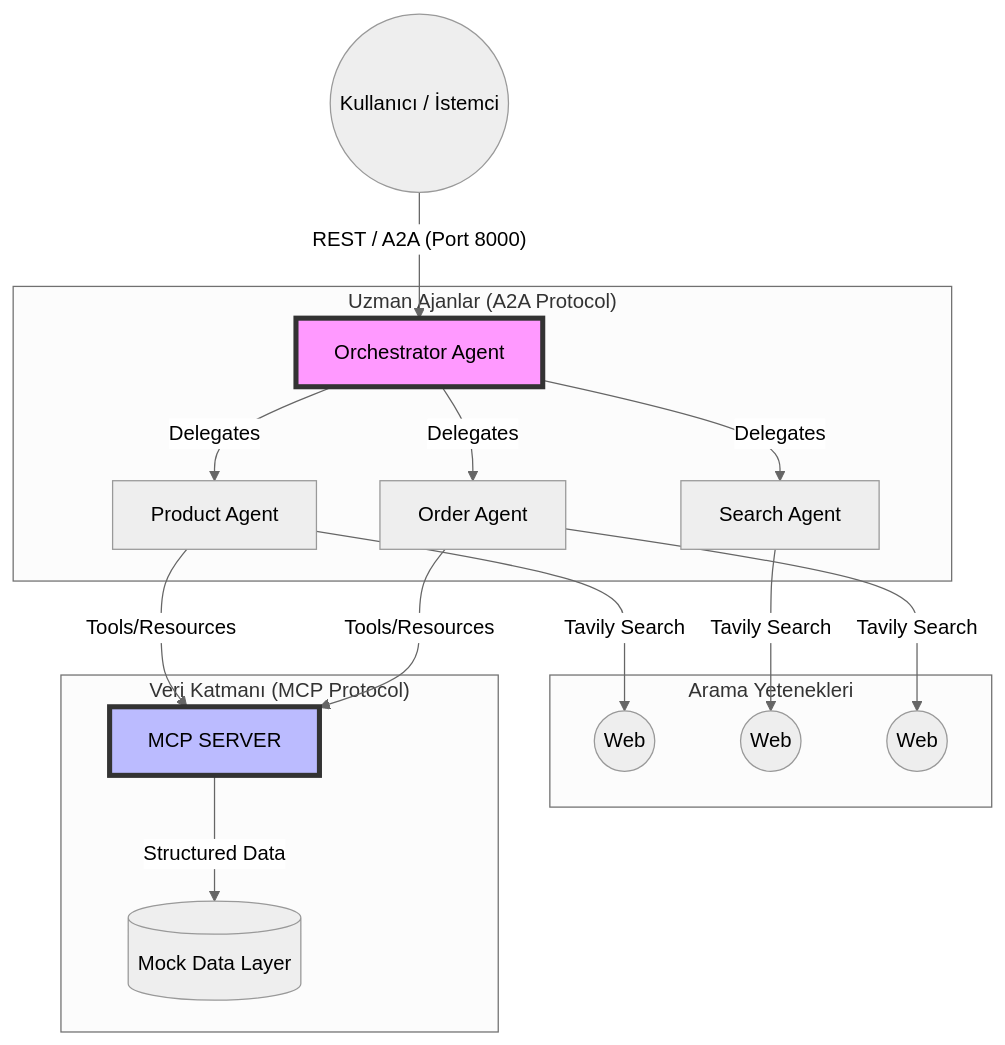
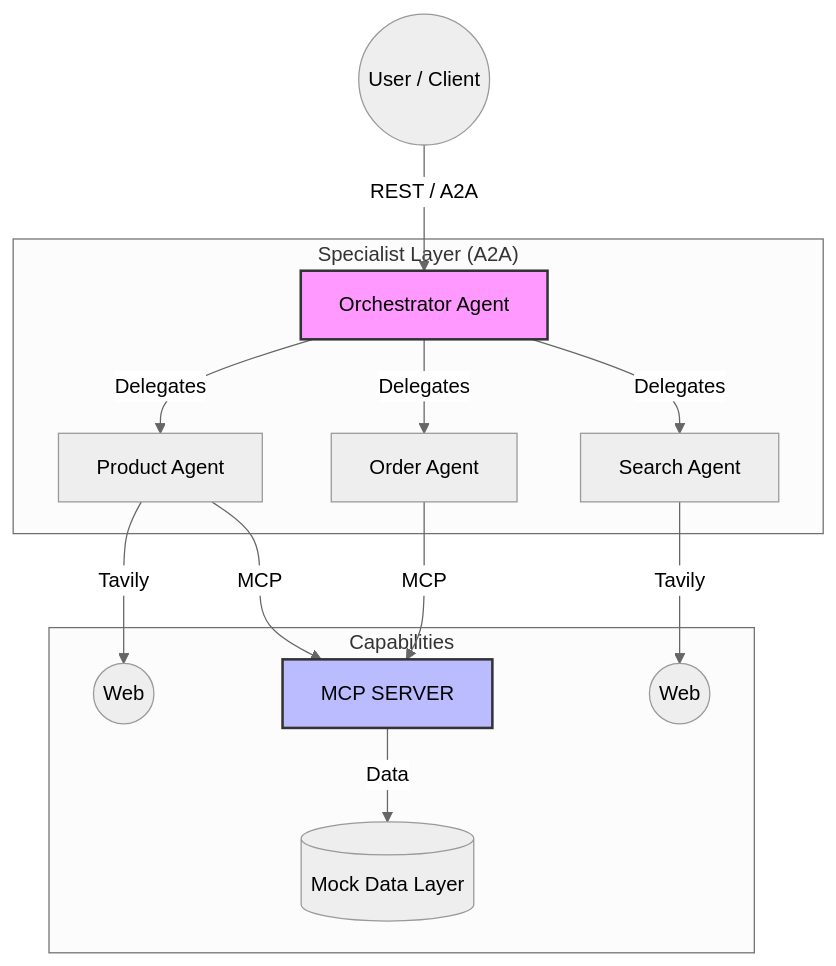
The first of 2 diagrams in README.md (hilalTortumluoglu/ecommerce-a2a-agents), drawn with Mermaid (neutral theme) before and after one commit. The commit also changed other lines of this file, not shown here.

````diff
--- a/README.md
+++ b/README.md
@@ -17,25 +22,21 @@
 ```mermaid
 graph TD
-    User((Kullanıcı / İstemci)) -- "REST / A2A (Port 8000)" --> Orchestrator[Orchestrator Agent]
+    User((User / Client)) -- "REST / A2A" --> Orchestrator[Orchestrator Agent]
     
-    subgraph "Uzman Ajanlar (A2A Protocol)"
+    subgraph "Specialist Layer (A2A)"
         Orchestrator -- "Delegates" --> Product[Product Agent]
         Orchestrator -- "Delegates" --> Order[Order Agent]
         Orchestrator -- "Delegates" --> Search[Search Agent]
     end
     
-    subgraph "Arama Yetenekleri"
-        Product -- "Tavily Search" --> Web1((Web))
-        Search -- "Tavily Search" --> Web2((Web))
-        Order -- "Tavily Search" --> Web3((Web))
-    end
-    
-    subgraph "Veri Katmanı (MCP Protocol)"
-        Product -- "Tools/Resources" --> MCP[MCP SERVER]
-        Order -- "Tools/Resources" --> MCP
-        MCP -- "Structured Data" --> DB[(Mock Data Layer)]
+    subgraph "Capabilities"
+        Product -- "Tavily" --> Web1((Web))
+        Search -- "Tavily" --> Web2((Web))
+        Product -- "MCP" --> Server[MCP SERVER]
+        Order -- "MCP" --> Server
+        Server -- "Data" --> DB[(Mock Data Layer)]
     end
 
-    style Orchestrator fill:#f9f,stroke:#333,stroke-width:4px
-    style MCP fill:#bbf,stroke:#333,stroke-width:4px
+    style Orchestrator fill:#f9f,stroke:#333,stroke-width:2px
+    style Server fill:#bbf,stroke:#333,stroke-width:2px
 ```
````
